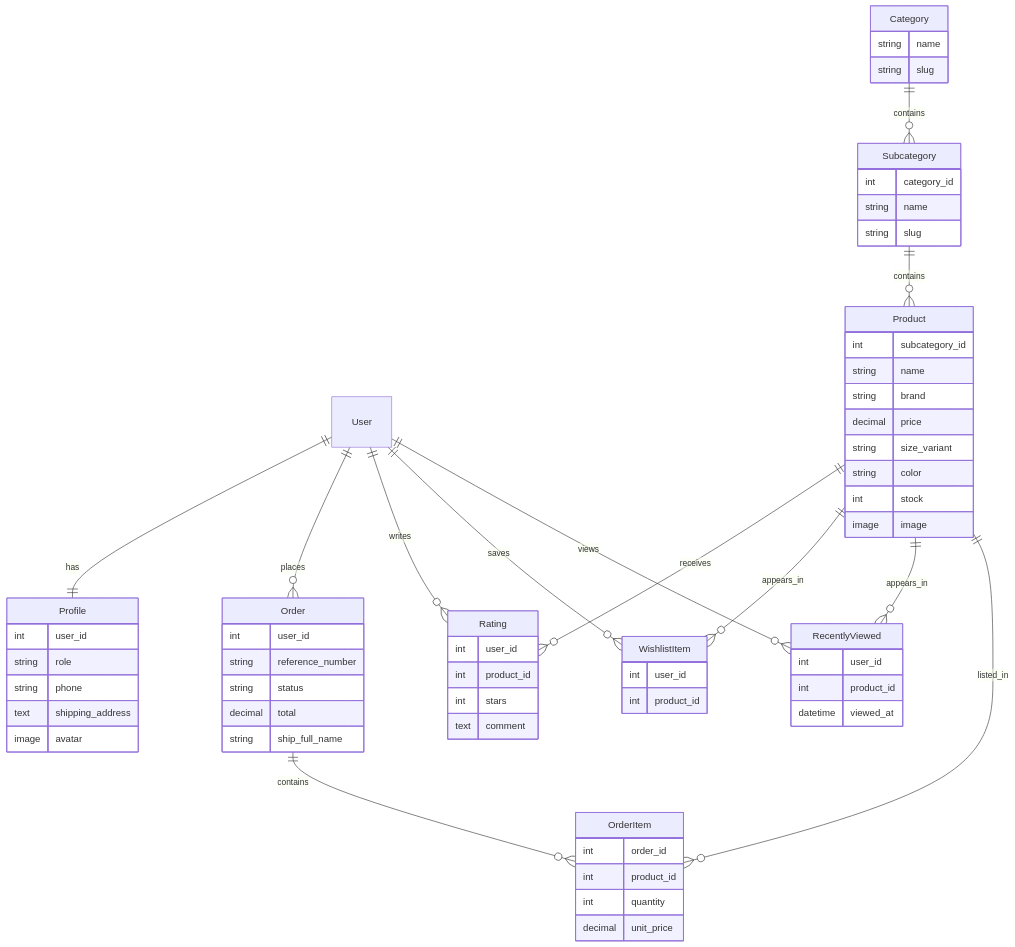
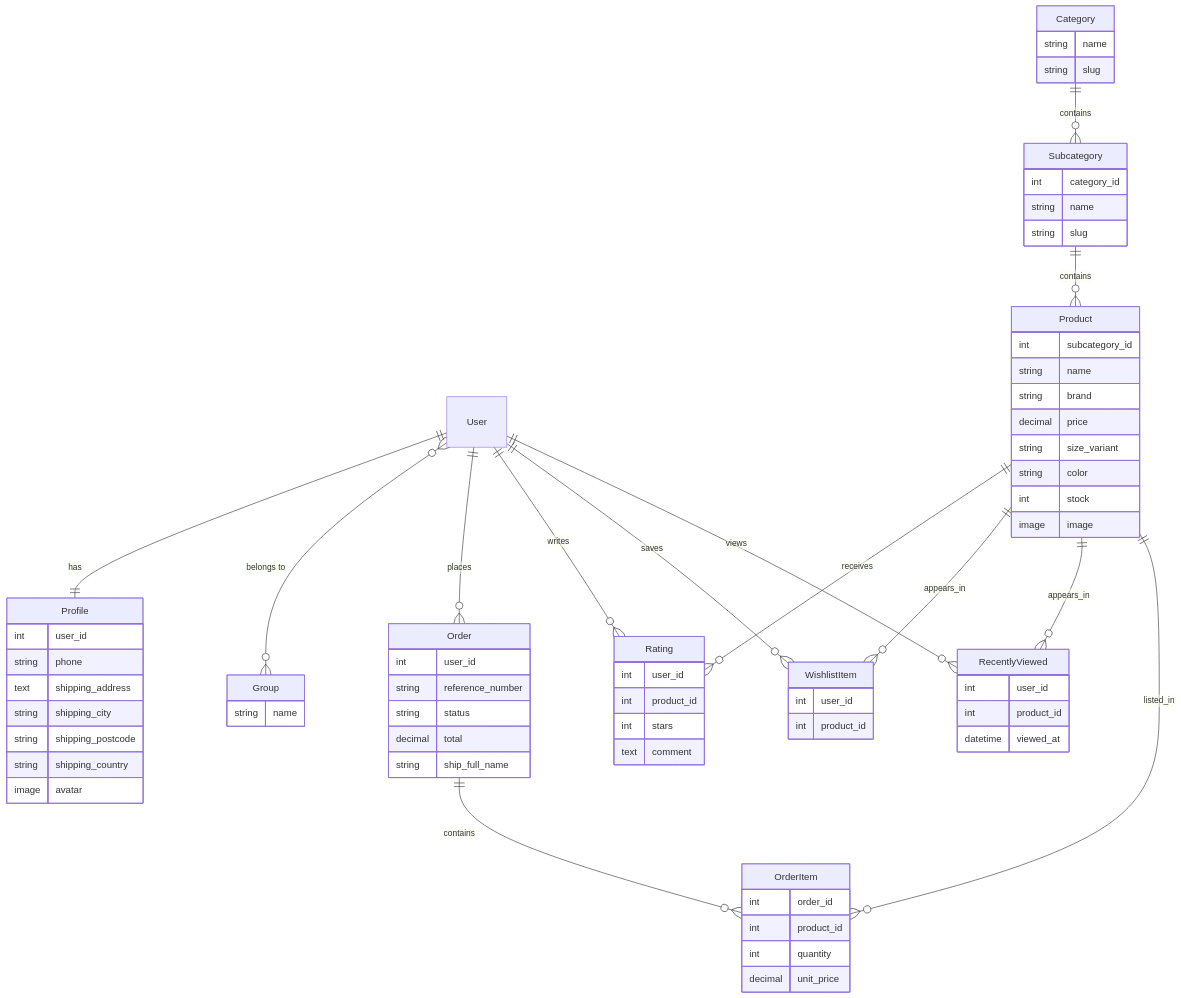
One commit to retryoos/argus-field-outfitters changed the diagram in docs/ERD.md. Above: the diagram before and after it, drawn with Mermaid. The commit also changed other lines of this file and 7 other files, not shown here.

````diff
--- a/docs/ERD.md
+++ b/docs/ERD.md
@@ -5,70 +5,76 @@
 ```mermaid
 erDiagram
     User ||--|| Profile : has
+    User }o--o{ Group : "belongs to"
     User ||--o{ Order : places
     User ||--o{ Rating : writes
     User ||--o{ WishlistItem : saves
     User ||--o{ RecentlyViewed : views
     Category ||--o{ Subcategory : contains
     Subcategory ||--o{ Product : contains
     Product ||--o{ Rating : receives
     Product ||--o{ WishlistItem : appears_in
     Product ||--o{ RecentlyViewed : appears_in
     Product ||--o{ OrderItem : listed_in
     Order ||--o{ OrderItem : contains
 
+    Group {
+        string name
+    }
     Profile {
         int user_id
-        string role
         string phone
         text shipping_address
+        string shipping_city
+        string shipping_postcode
+        string shipping_country
         image avatar
     }
     Category {
         string name
         string slug
     }
     Subcategory {
         int category_id
         string name
         string slug
     }
     Product {
         int subcategory_id
         string name
         string brand
         decimal price
         string size_variant
         string color
         int stock
         image image
     }
     Rating {
         int user_id
         int product_id
         int stars
         text comment
     }
     WishlistItem {
         int user_id
         int product_id
     }
     RecentlyViewed {
         int user_id
         int product_id
         datetime viewed_at
     }
     Order {
         int user_id
         string reference_number
         string status
         decimal total
         string ship_full_name
     }
     OrderItem {
         int order_id
         int product_id
         int quantity
         decimal unit_price
     }
 ```
````
